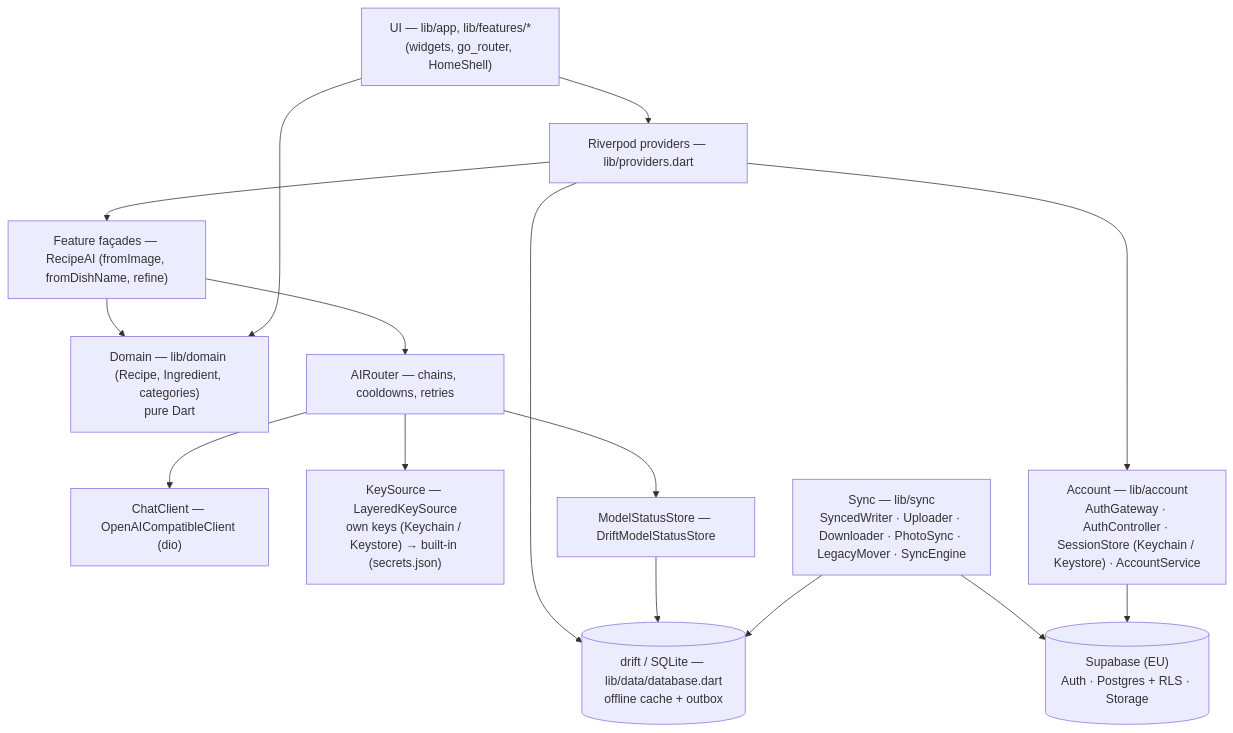
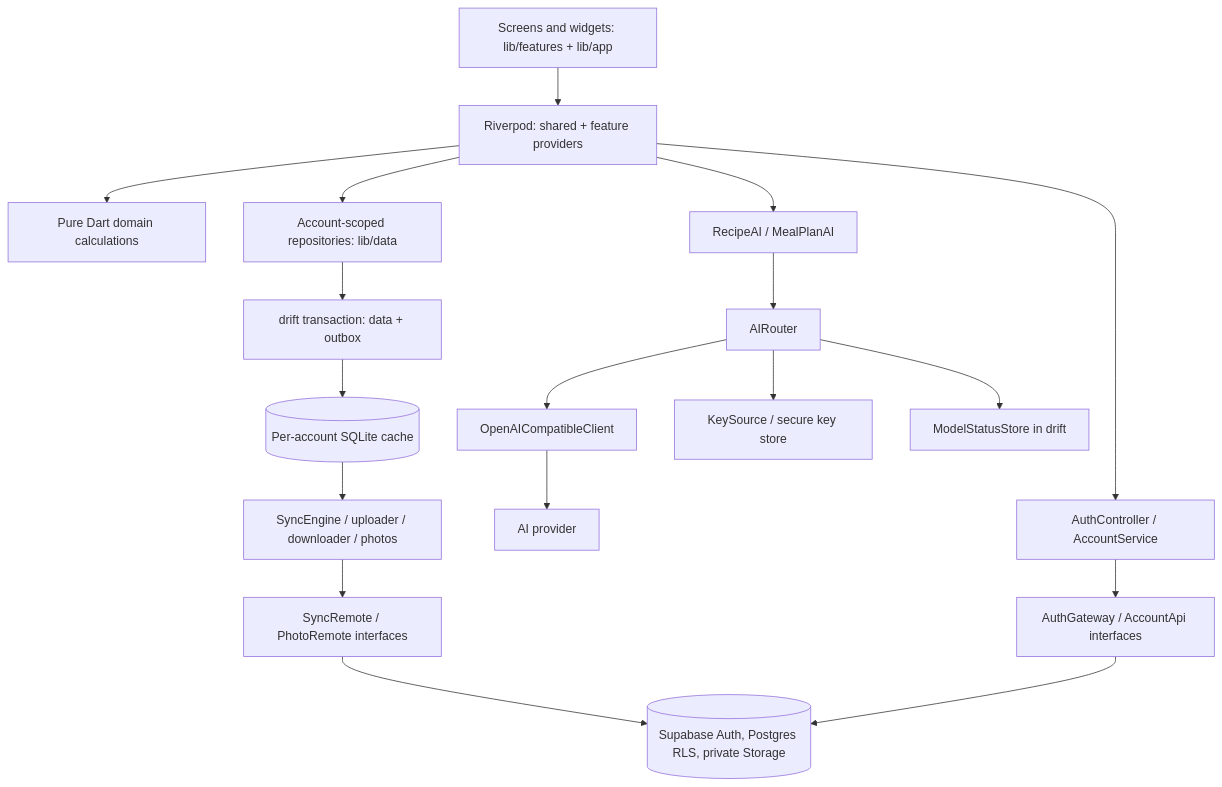
The first of 2 diagrams in docs/architecture.md (anjahubac/tavli), drawn with Mermaid before and after one commit. The commit also changed other lines of this file and 1025 other files, not shown here.

````diff
--- a/docs/architecture.md
+++ b/docs/architecture.md
@@ -10,30 +59,20 @@
 ```mermaid
 flowchart TD
-  UI["UI — lib/app, lib/features/*<br/>(widgets, go_router, HomeShell)"]
-  P["Riverpod providers — lib/providers.dart"]
-  F["Feature façades — RecipeAI (fromImage, fromDishName, refine)"]
-  D["Domain — lib/domain (Recipe, Ingredient, categories)<br/>pure Dart"]
-  R["AIRouter — chains, cooldowns, retries"]
-  C["ChatClient — OpenAICompatibleClient (dio)"]
-  K["KeySource — LayeredKeySource<br/>own keys (Keychain / Keystore) → built-in (secrets.json)"]
-  S["ModelStatusStore — DriftModelStatusStore"]
-  DB[("drift / SQLite — lib/data/database.dart<br/>offline cache + outbox")]
-  SY["Sync — lib/sync<br/>SyncedWriter · Uploader · Downloader · PhotoSync · LegacyMover · SyncEngine"]
-  AU["Account — lib/account<br/>AuthGateway · AuthController · SessionStore (Keychain / Keystore) · AccountService"]
-  SB[("Supabase (EU)<br/>Auth · Postgres + RLS · Storage")]
-
-  UI --> P
-  P --> F
-  P --> DB
-  F --> R
-  F --> D
-  R --> C
-  R --> K
-  R --> S
-  S --> DB
-  UI --> D
-  P --> AU
-  SY --> DB
-  SY --> SB
-  AU --> SB
+  UI["Screens and widgets: lib/features + lib/app"] --> P["Riverpod: shared + feature providers"]
+  P --> D["Pure Dart domain calculations"]
+  P --> R["Account-scoped repositories: lib/data"]
+  P --> A["RecipeAI / MealPlanAI"]
+  P --> AUTH["AuthController / AccountService"]
+  R --> TX["drift transaction: data + outbox"]
+  TX --> DB[("Per-account SQLite cache")]
+  A --> ROUTER["AIRouter"]
+  ROUTER --> CLIENT["OpenAICompatibleClient"]
+  ROUTER --> KEYS["KeySource / secure key store"]
+  ROUTER --> STATUS["ModelStatusStore in drift"]
+  CLIENT --> PROVIDER["AI provider"]
+  DB --> SYNC["SyncEngine / uploader / downloader / photos"]
+  SYNC --> REMOTE["SyncRemote / PhotoRemote interfaces"]
+  AUTH --> API["AuthGateway / AccountApi interfaces"]
+  REMOTE --> SB[("Supabase Auth, Postgres RLS, private Storage")]
+  API --> SB
 ```
````
